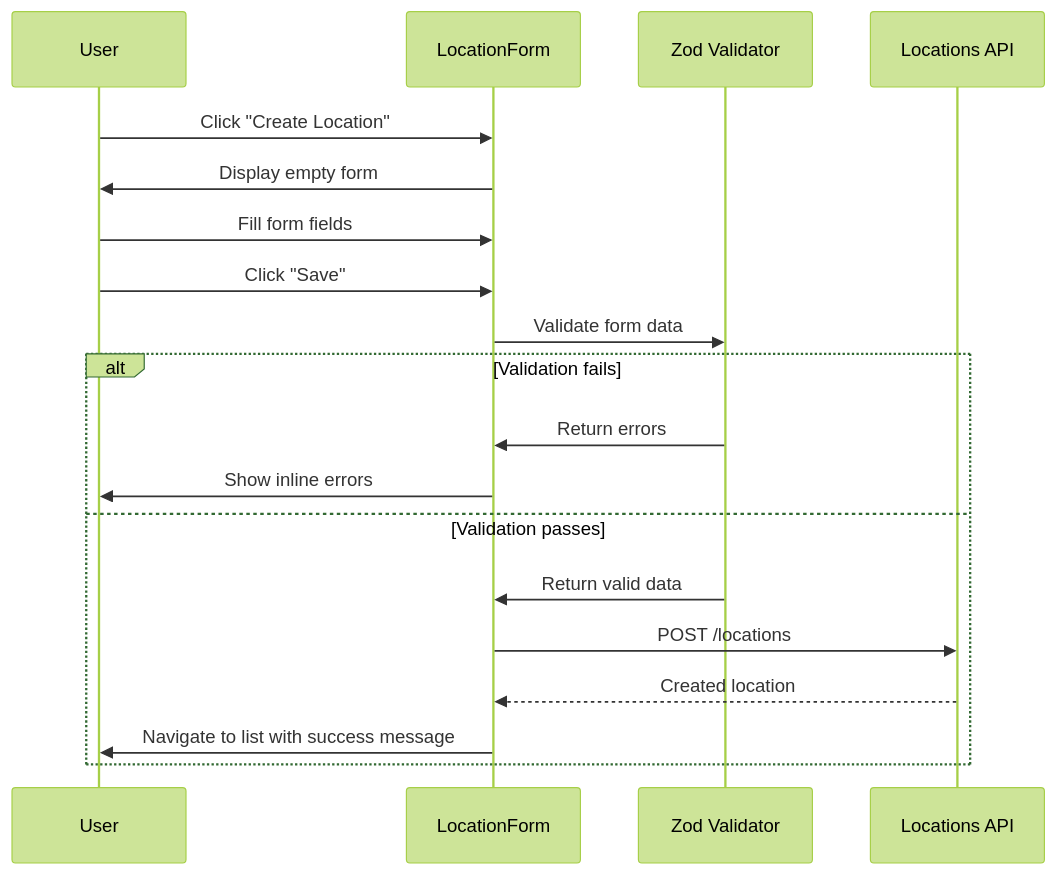
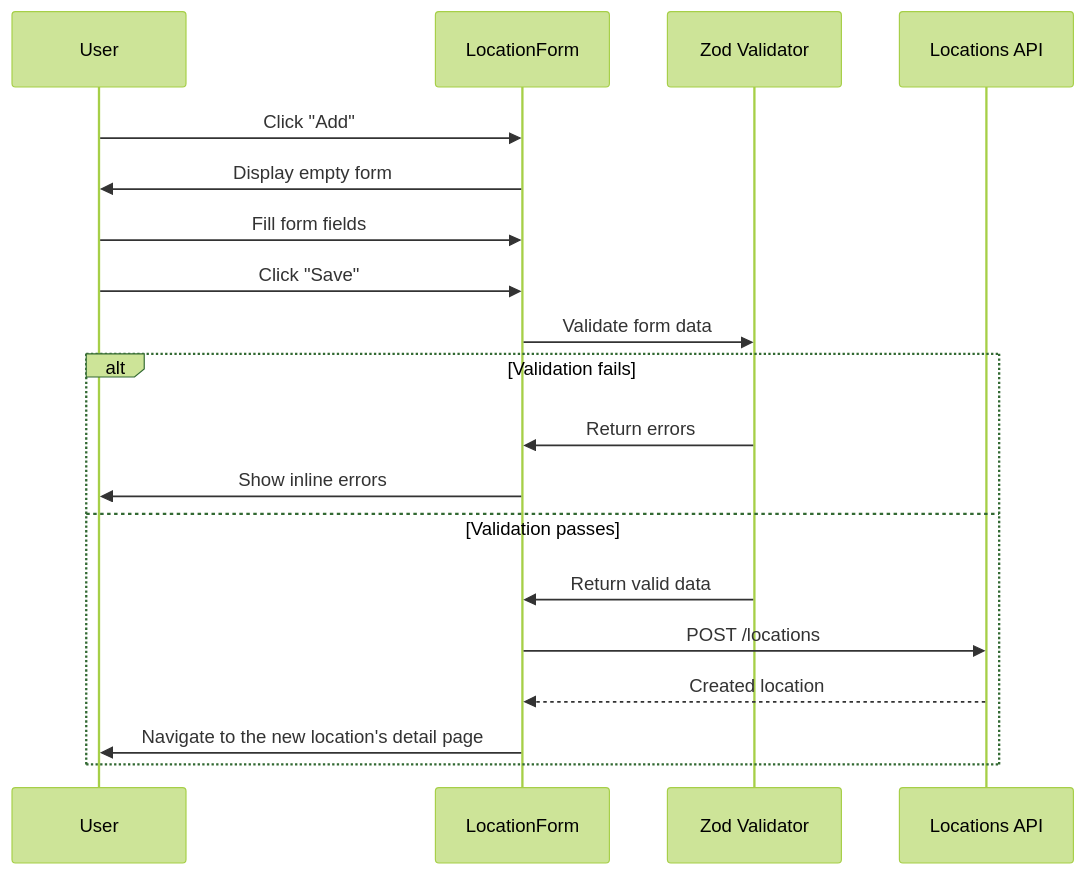
One commit to CarmenSoftware-organization/carmen-wiki changed the third of 3 diagrams in en/inventory/master-data/location.md. Above: the diagram before and after it, drawn with Mermaid (forest theme). The commit also changed other lines of this file and 20 other files, not shown here.

Commit message:
fix(product,master-data,recipe): correct 13 diagrams against code, drop disabled-export diagram (review round 1)

````diff
--- a/en/inventory/master-data/location.md
+++ b/en/inventory/master-data/location.md
@@ -75,22 +73,22 @@
 ```mermaid
 sequenceDiagram
     participant U as User
     participant F as LocationForm
     participant V as Zod Validator
     participant API as Locations API
 
-    U->>F: Click "Create Location"
+    U->>F: Click "Add"
     F->>U: Display empty form
     U->>F: Fill form fields
     U->>F: Click "Save"
     F->>V: Validate form data
     alt Validation fails
         V->>F: Return errors
         F->>U: Show inline errors
     else Validation passes
         V->>F: Return valid data
         F->>API: POST /locations
         API-->>F: Created location
-        F->>U: Navigate to list with success message
+        F->>U: Navigate to the new location's detail page
     end
 ```
````
